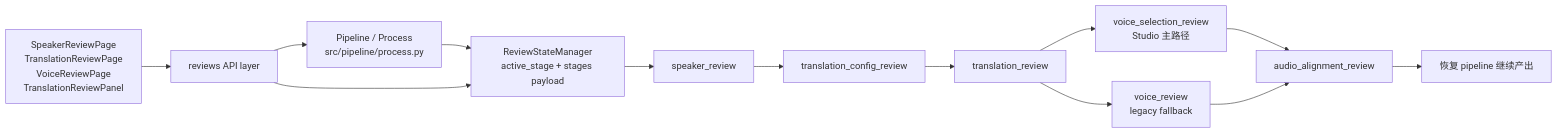
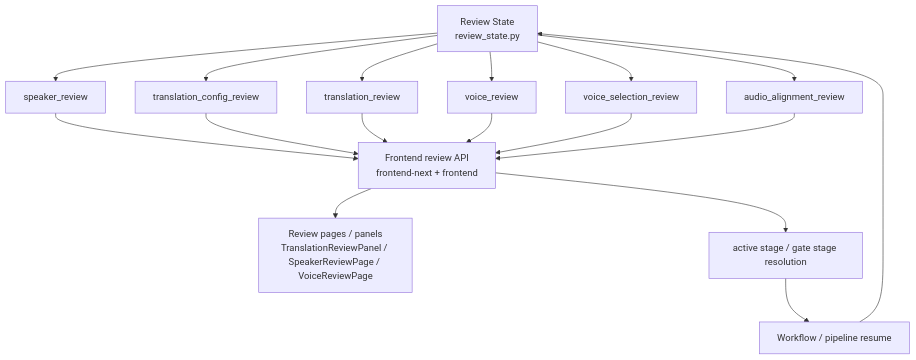
Before and after one commit to sun9bear/AITransVideo: the diagram in docs/graphs/GITNEXUS_REVIEW_GRAPH.md, drawn with Mermaid. The commit also changed other lines of this file and 12 other files, not shown here.

First line of the commit message:
docs: 新增 Admin/Ops/Calibration 架构子图 + UI 导航与视频输出方案 + gitignore 清理

````diff
--- a/docs/graphs/GITNEXUS_REVIEW_GRAPH.md
+++ b/docs/graphs/GITNEXUS_REVIEW_GRAPH.md
@@ -23,16 +16,21 @@
 ```mermaid
-graph LR
-    A["Pipeline / Process<br/>src/pipeline/process.py"] --> B["ReviewStateManager<br/>active_stage + stages payload"]
-    B --> C["speaker_review"]
-    C --> D["translation_config_review"]
-    D --> E["translation_review"]
-    E --> F["voice_selection_review<br/>Studio 主路径"]
-    E --> G["voice_review<br/>legacy fallback"]
-    F --> H["audio_alignment_review"]
-    G --> H
-    H --> I["恢复 pipeline 继续产出"]
+graph TD
+    ReviewState["Review State<br/>review_state.py"] --> Speaker["speaker_review"]
+    ReviewState --> Config["translation_config_review"]
+    ReviewState --> Translation["translation_review"]
+    ReviewState --> Voice["voice_review"]
+    ReviewState --> VoiceSelect["voice_selection_review"]
+    ReviewState --> AudioAlign["audio_alignment_review"]
 
-    J["SpeakerReviewPage<br/>TranslationReviewPage<br/>VoiceReviewPage<br/>TranslationReviewPanel"] --> K["reviews API layer"]
-    K --> B
-    K --> A
+    Speaker --> ReviewAPI["Frontend review API<br/>frontend-next + frontend"]
+    Config --> ReviewAPI
+    Translation --> ReviewAPI
+    Voice --> ReviewAPI
+    VoiceSelect --> ReviewAPI
+    AudioAlign --> ReviewAPI
+
+    ReviewAPI --> Pages["Review pages / panels<br/>TranslationReviewPanel / SpeakerReviewPage / VoiceReviewPage"]
+    ReviewAPI --> Gate["active stage / gate stage resolution"]
+    Gate --> Workflow["Workflow / pipeline resume"]
+    Workflow --> ReviewState
 ```
````
